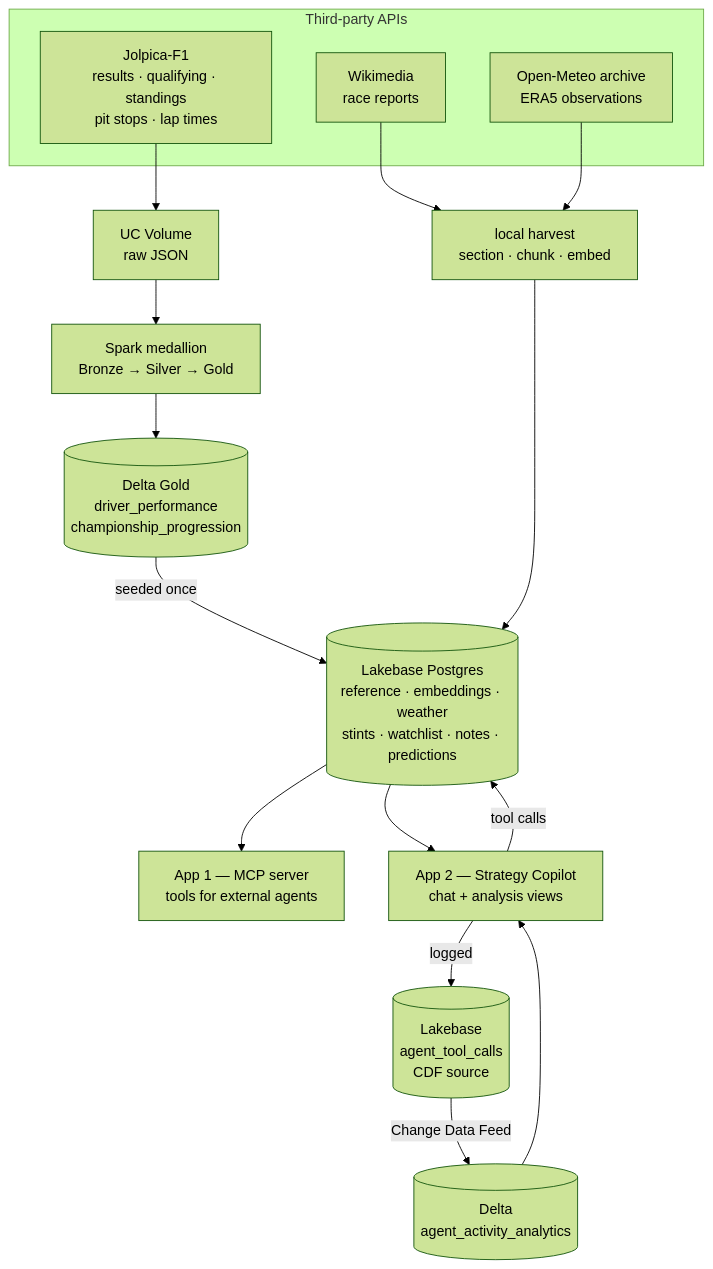
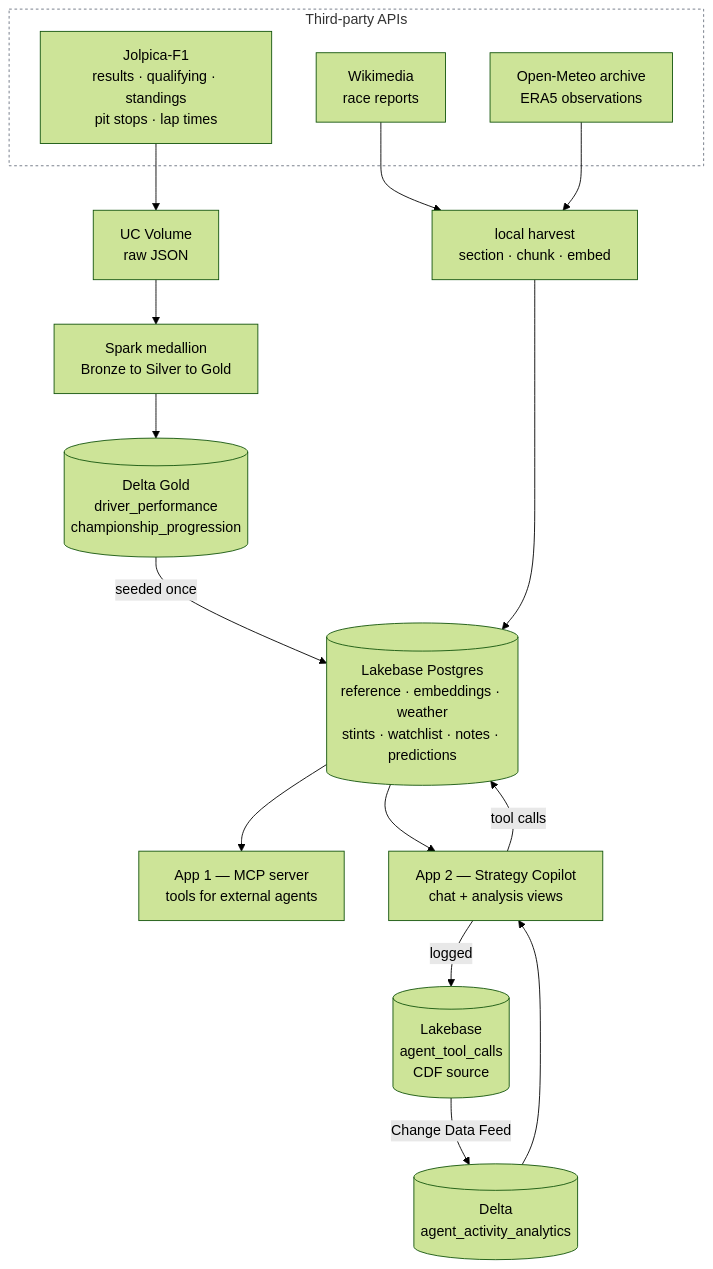
The diagram in DESIGN.md (abhibastia/f1-strategy-copilot), drawn with Mermaid (forest theme) before and after one commit. The commit also changed 1 other file, not shown here.

Commit message:
Make the architecture diagrams render outside a local previewer
Both diagrams are valid mermaid and render under mermaid-cli, which is
how they were checked when written. GitHub is stricter: it renders with
htmlLabels disabled, and the README diagram leaned on <small> and <b> for
the secondary lines in every node label. Verified by rendering with
htmlLabels:false - the tags survive as literal text, ten of them, so the
boxes read "<small>results · standings".

Removed all HTML except <br/>, which is the one tag GitHub supports.
Replaced the &amp; entity in a subgraph title with the word, and the
unicode arrows inside labels with "to" - both parse, neither is worth the
risk of a renderer that treats them differently.

Subgraph containers are now transparent with a dashed border. The mermaid
default is a pale yellow that fights the node colours and, being a fixed
fill, looks wrong against whichever GitHub theme the reader is using.

Re-verified: both render with htmlLabels:false and securityLevel:strict,
with zero literal tags in the output.

````diff
--- a/DESIGN.md
+++ b/DESIGN.md
@@ -79,24 +79,25 @@
 ```mermaid
 flowchart TB
     subgraph SRC["Third-party APIs"]
         J["Jolpica-F1<br/>results · qualifying · standings<br/>pit stops · lap times"]
         W["Wikimedia<br/>race reports"]
         O["Open-Meteo archive<br/>ERA5 observations"]
     end
 
-    J --> LAND["UC Volume<br/>raw JSON"] --> PIPE["Spark medallion<br/>Bronze → Silver → Gold"]
+    J --> LAND["UC Volume<br/>raw JSON"] --> PIPE["Spark medallion<br/>Bronze to Silver to Gold"]
     PIPE --> GOLD[("Delta Gold<br/>driver_performance<br/>championship_progression")]
 
     GOLD -- "seeded once" --> LB
     W --> HARV["local harvest<br/>section · chunk · embed"] --> LB
     O --> HARV
 
     LB[("Lakebase Postgres<br/>reference · embeddings · weather<br/>stints · watchlist · notes · predictions")]
 
     LB --> MCP["App 1 — MCP server<br/>tools for external agents"]
     LB --> UI["App 2 — Strategy Copilot<br/>chat + analysis views"]
     UI -- "tool calls" --> LB
     UI -- "logged" --> CDF[("Lakebase<br/>agent_tool_calls<br/>CDF source")]
     CDF -- "Change Data Feed" --> DELTA[("Delta<br/>agent_activity_analytics")]
     DELTA --> UI
+    style SRC fill:transparent,stroke:#6b7280,stroke-dasharray:3 3
 ```
````
